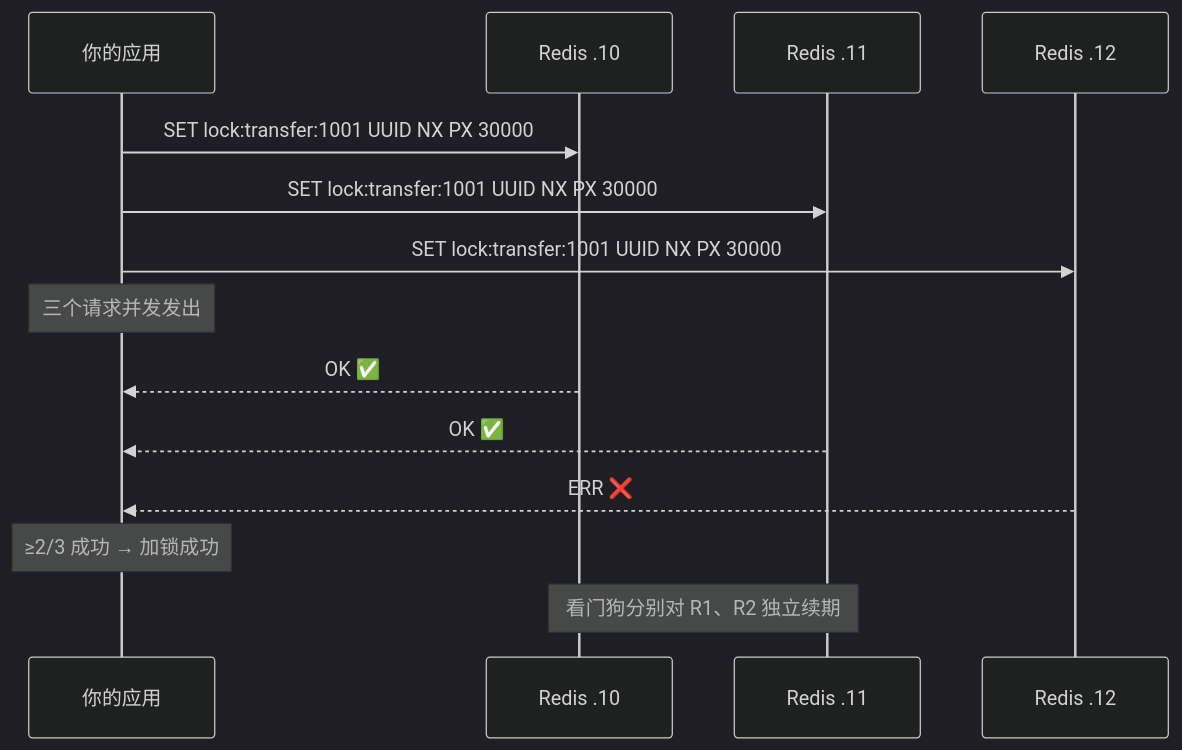
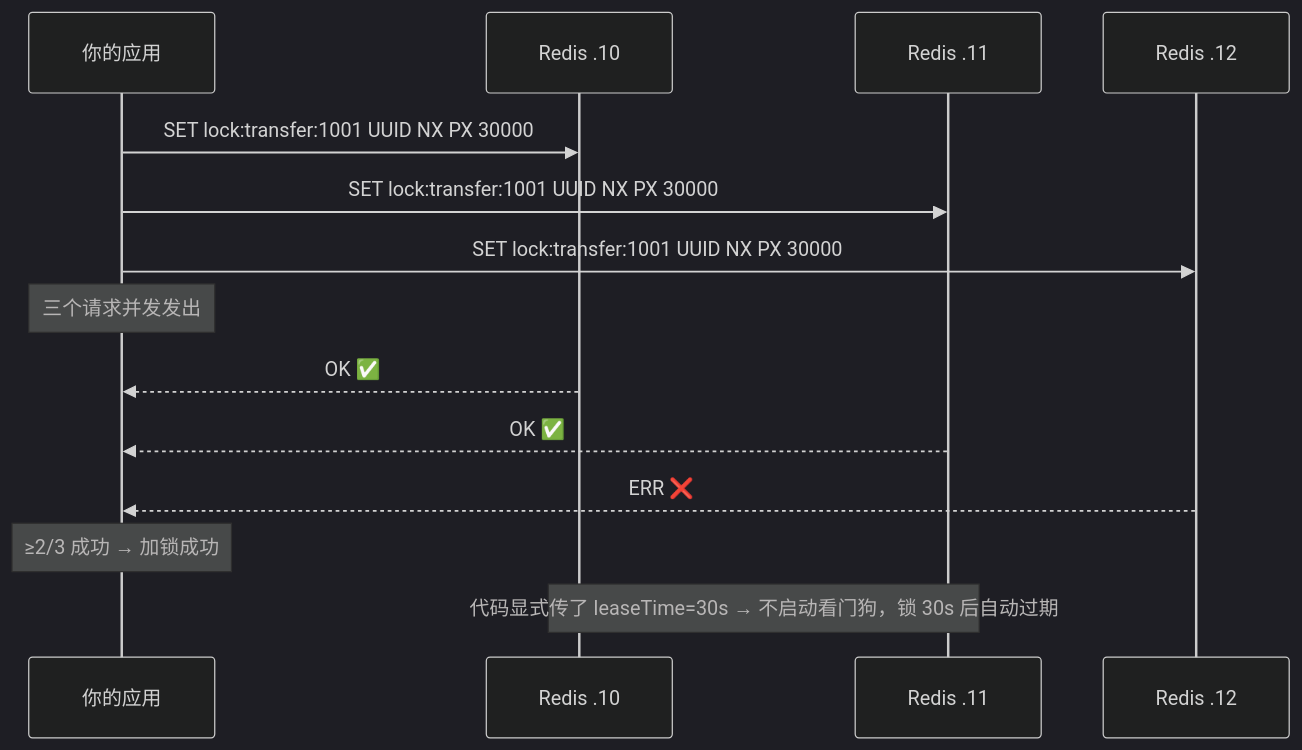
One commit to reallyhwc/ans-ai-auto-notes changed diagram 16 of 16 in kb/技术/Java/Redis 常用数据类型与使用场景.md. Above: the diagram before and after it, drawn with Mermaid (dark theme). The commit also changed other lines of this file and 18 other files, not shown here.

````diff
--- a/kb/技术/Java/Redis 常用数据类型与使用场景.md
+++ b/kb/技术/Java/Redis 常用数据类型与使用场景.md
@@ -1155,19 +1161,19 @@
 ```mermaid
 sequenceDiagram
     participant App as 你的应用
     participant R1 as Redis .10
     participant R2 as Redis .11
     participant R3 as Redis .12
 
     App->>R1: SET lock:transfer:1001 UUID NX PX 30000
     App->>R2: SET lock:transfer:1001 UUID NX PX 30000
     App->>R3: SET lock:transfer:1001 UUID NX PX 30000
     Note over App: 三个请求并发发出
 
     R1-->>App: OK ✅
     R2-->>App: OK ✅
     R3-->>App: ERR ❌
 
     Note over App: ≥2/3 成功 → 加锁成功
-    Note over R1,R2: 看门狗分别对 R1、R2 独立续期
+    Note over R1,R2: 代码显式传了 leaseTime=30s → 不启动看门狗，锁 30s 后自动过期
 ```
````
